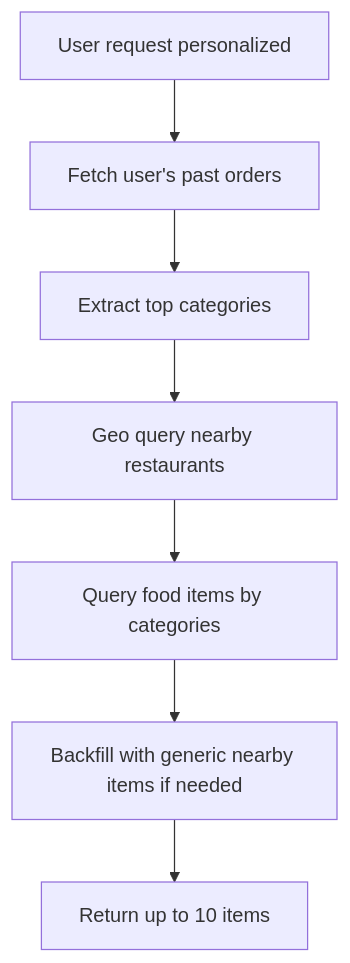
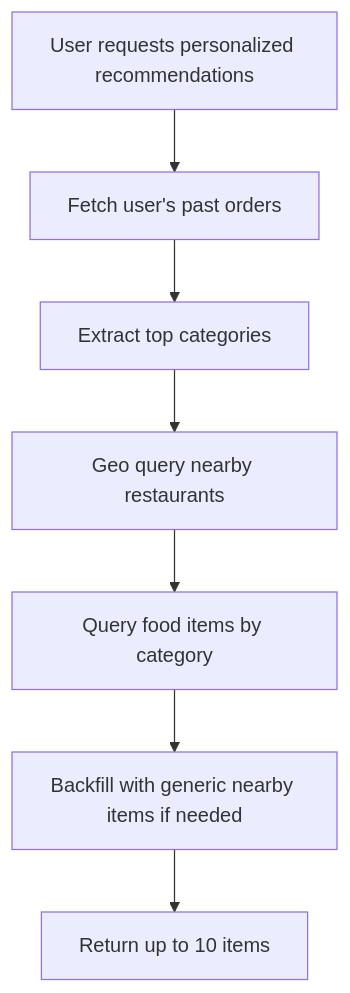
One commit to vid0326/QBFood changed the sixth of 7 diagrams in Readme.md. Above: the diagram before and after it, drawn with Mermaid. The commit also changed other lines of this file, not shown here.

````diff
--- a/Readme.md
+++ b/Readme.md
@@ -323,9 +323,9 @@
 ```mermaid
 flowchart TD
-  A[User request personalized] --> B[Fetch user's past orders]
+  A[User requests personalized recommendations] --> B[Fetch user's past orders]
   B --> C[Extract top categories]
   C --> D[Geo query nearby restaurants]
-  D --> E[Query food items by categories]
+  D --> E[Query food items by category]
   E --> F[Backfill with generic nearby items if needed]
   F --> G[Return up to 10 items]
 ```
````
